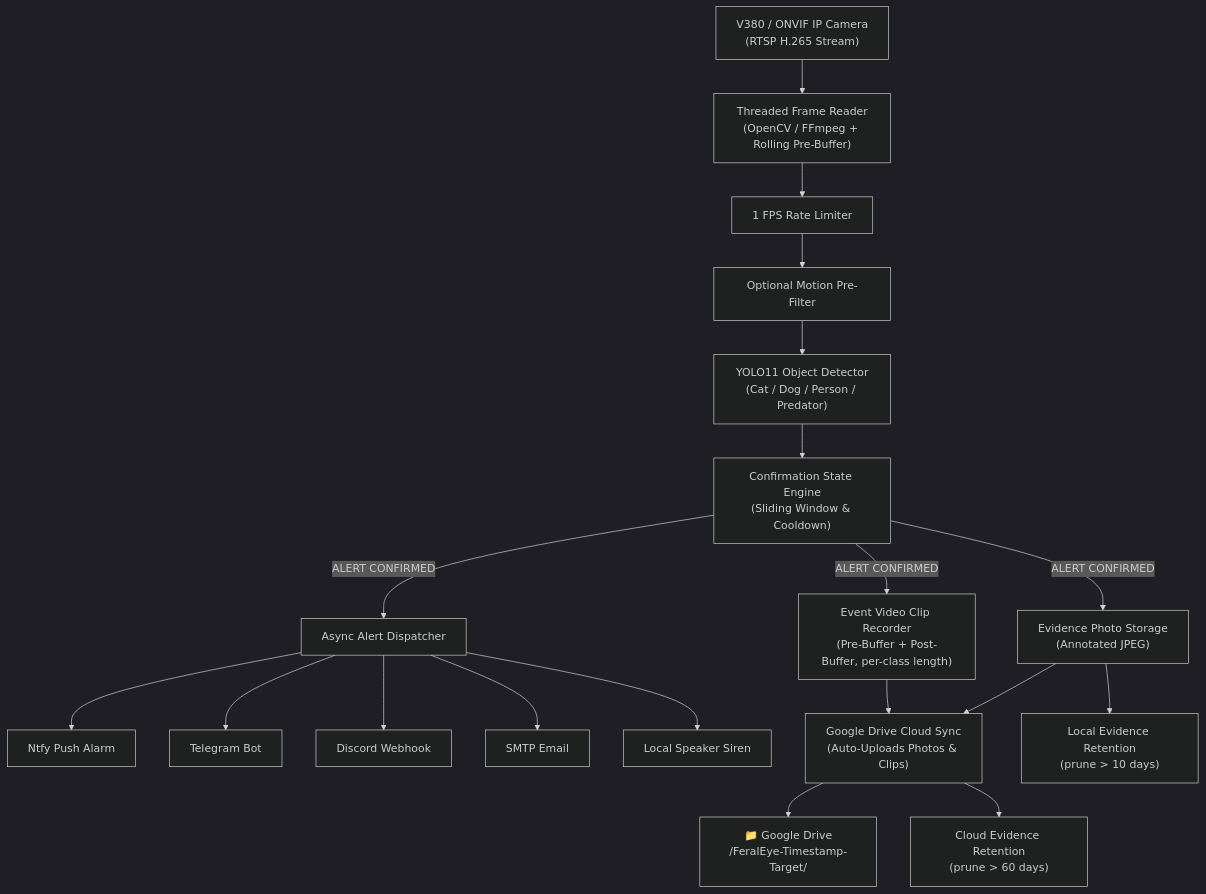
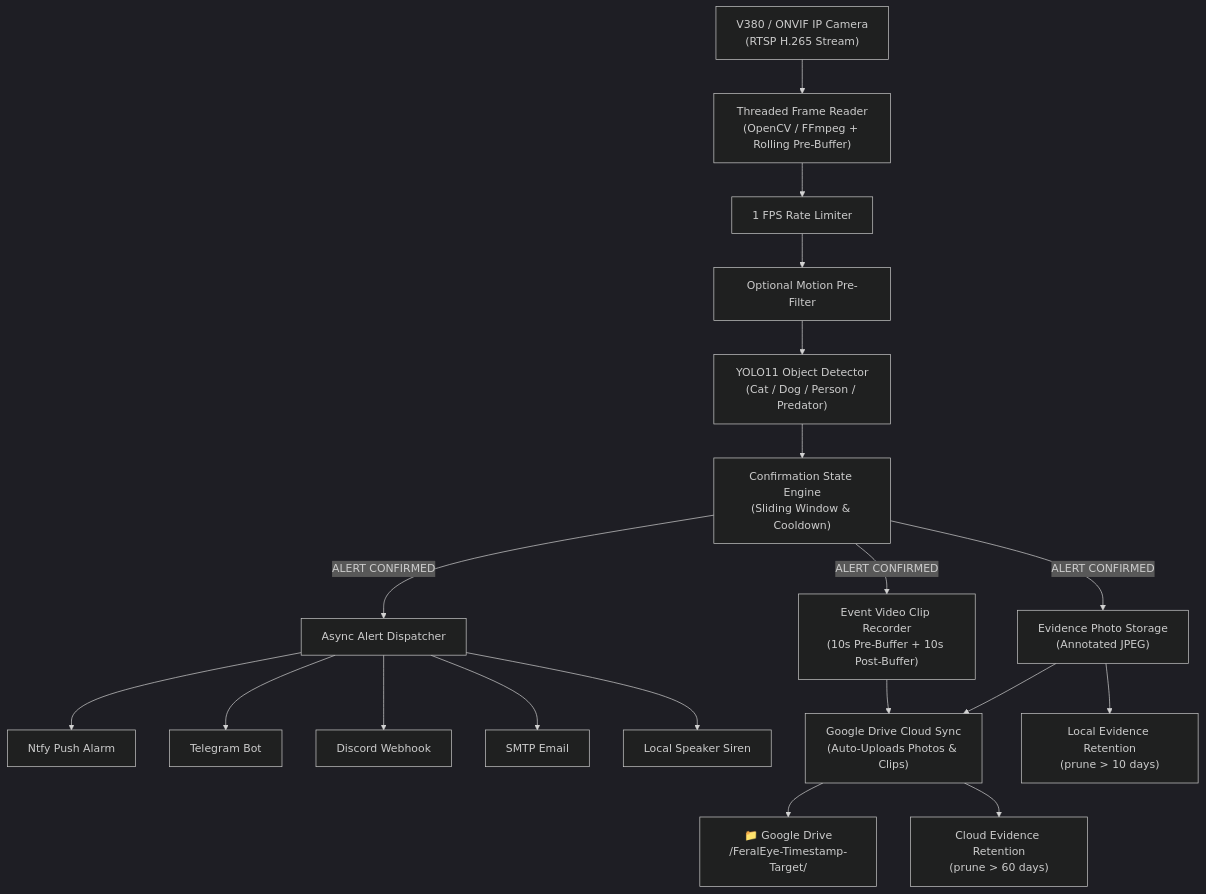
Before and after one commit to MahbbRah/FeralEye: the diagram in README.md, drawn with Mermaid (dark theme). The commit also changed other lines of this file and 5 other files, not shown here.

First line of the commit message:
Revert pre-buffer tuning and per-class clip lengths; restore static 20s recording

````diff
--- a/README.md
+++ b/README.md
@@ -29,24 +29,24 @@
 ```mermaid
 flowchart TD
     Camera["V380 / ONVIF IP Camera\n(RTSP H.265 Stream)"] --> Reader["Threaded Frame Reader\n(OpenCV / FFmpeg + Rolling Pre-Buffer)"]
     Reader --> Sampler["1 FPS Rate Limiter"]
     Sampler --> Motion["Optional Motion Pre-Filter"]
     Motion --> YOLO["YOLO11 Object Detector\n(Cat / Dog / Person / Predator)"]
     YOLO --> StateEngine["Confirmation State Engine\n(Sliding Window & Cooldown)"]
     
     StateEngine -- "ALERT CONFIRMED" --> Evidence["Evidence Photo Storage\n(Annotated JPEG)"]
-    StateEngine -- "ALERT CONFIRMED" --> ClipRecorder["Event Video Clip Recorder\n(Pre-Buffer + Post-Buffer, per-class length)"]
+    StateEngine -- "ALERT CONFIRMED" --> ClipRecorder["Event Video Clip Recorder\n(10s Pre-Buffer + 10s Post-Buffer)"]
     StateEngine -- "ALERT CONFIRMED" --> Dispatcher["Async Alert Dispatcher"]
     
     Dispatcher --> Ntfy["Ntfy Push Alarm"]
     Dispatcher --> Telegram["Telegram Bot"]
     Dispatcher --> Discord["Discord Webhook"]
     Dispatcher --> Email["SMTP Email"]
     Dispatcher --> Audio["Local Speaker Siren"]
     
     Evidence --> GDrive["Google Drive Cloud Sync\n(Auto-Uploads Photos & Clips)"]
     ClipRecorder --> GDrive
     GDrive --> CloudFolder["📁 Google Drive\n/FeralEye-Timestamp-Target/"]
     Evidence --> LocalRetention["Local Evidence Retention\n(prune > 10 days)"]
     GDrive --> CloudRetention["Cloud Evidence Retention\n(prune > 60 days)"]
 ```
````
